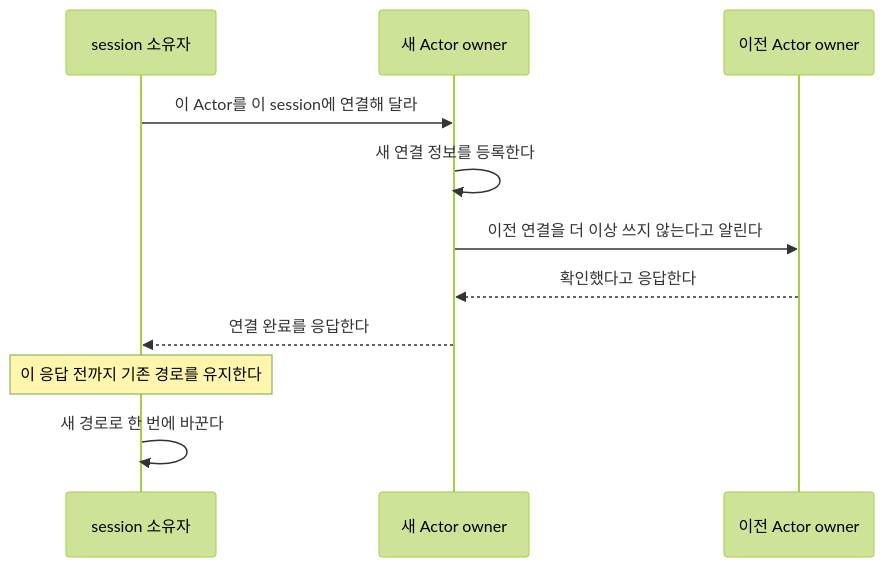
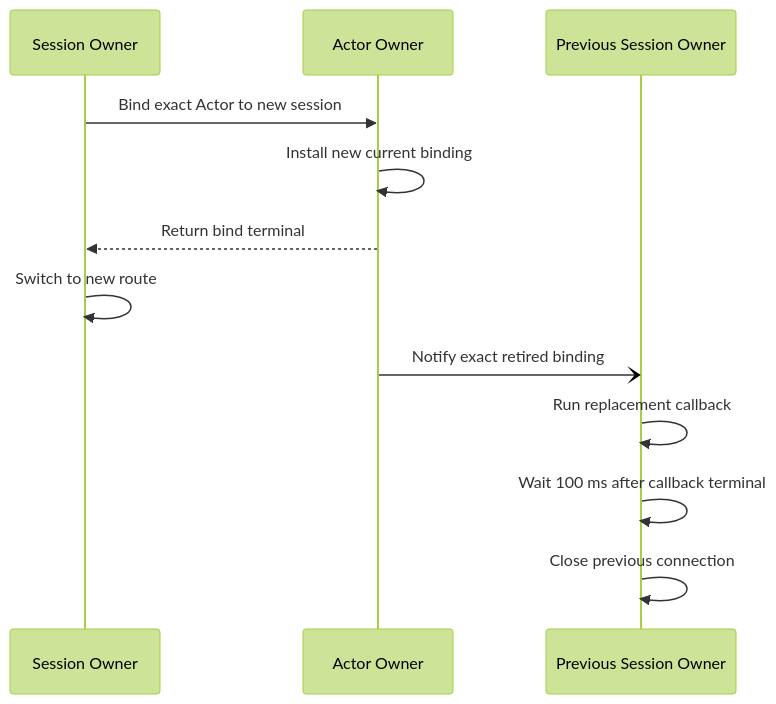
Before and after one commit to zlink-systems/zlink: the diagram in framework/doc/framework/common/internals/09-session-binding.ko.md, drawn with Mermaid (forest theme). The commit also changed other lines of this file and 458 other files, not shown here.

````diff
--- a/framework/doc/framework/common/internals/09-session-binding.ko.md
+++ b/framework/doc/framework/common/internals/09-session-binding.ko.md
@@ -70,14 +70,15 @@
 ```mermaid
 sequenceDiagram
-    participant SO as session 소유자
-    participant NO as 새 Actor owner
-    participant PO as 이전 Actor owner
+    participant SO as Session Owner
+    participant AO as Actor Owner
+    participant PO as Previous Session Owner
 
-    SO->>NO: 이 Actor를 이 session에 연결해 달라
-    NO->>NO: 새 연결 정보를 등록한다
-    NO->>PO: 이전 연결을 더 이상 쓰지 않는다고 알린다
-    PO-->>NO: 확인했다고 응답한다
-    NO-->>SO: 연결 완료를 응답한다
-    Note over SO: 이 응답 전까지 기존 경로를 유지한다
-    SO->>SO: 새 경로로 한 번에 바꾼다
+    SO->>AO: Bind exact Actor to new session
+    AO->>AO: Install new current binding
+    AO-->>SO: Return bind terminal
+    SO->>SO: Switch to new route
+    AO-)PO: Notify exact retired binding
+    PO->>PO: Run replacement callback
+    PO->>PO: Wait 100 ms after callback terminal
+    PO->>PO: Close previous connection
 ```
````
